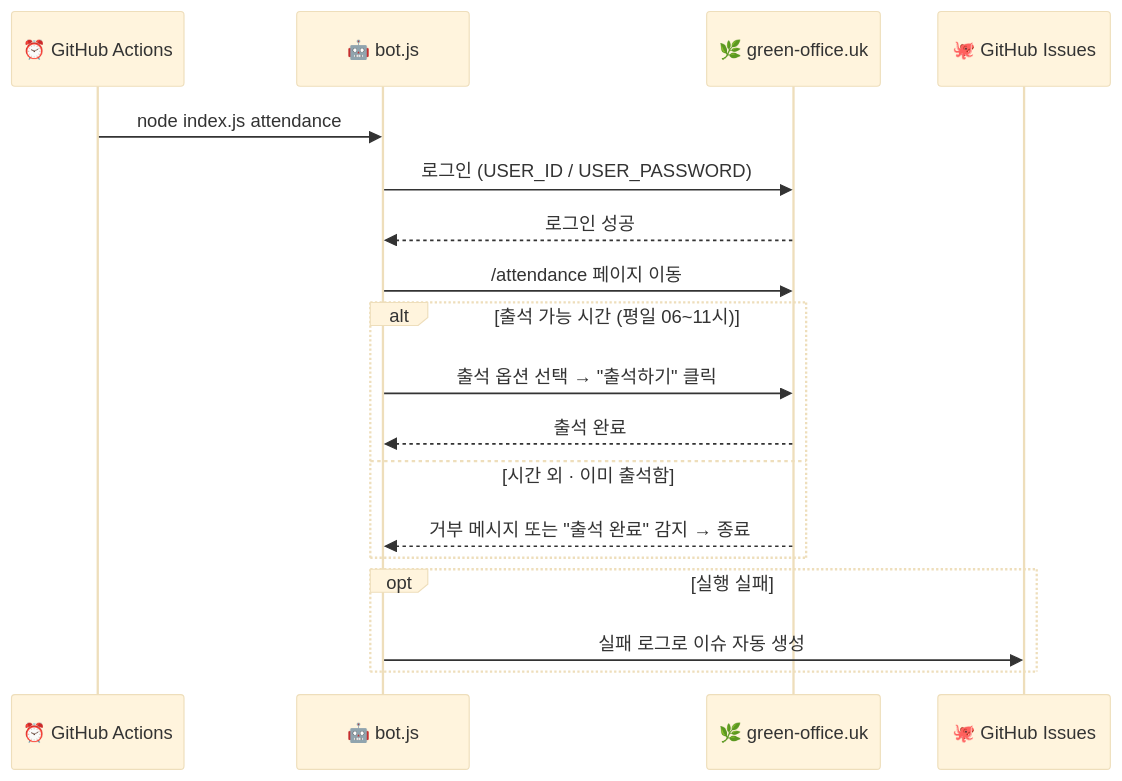
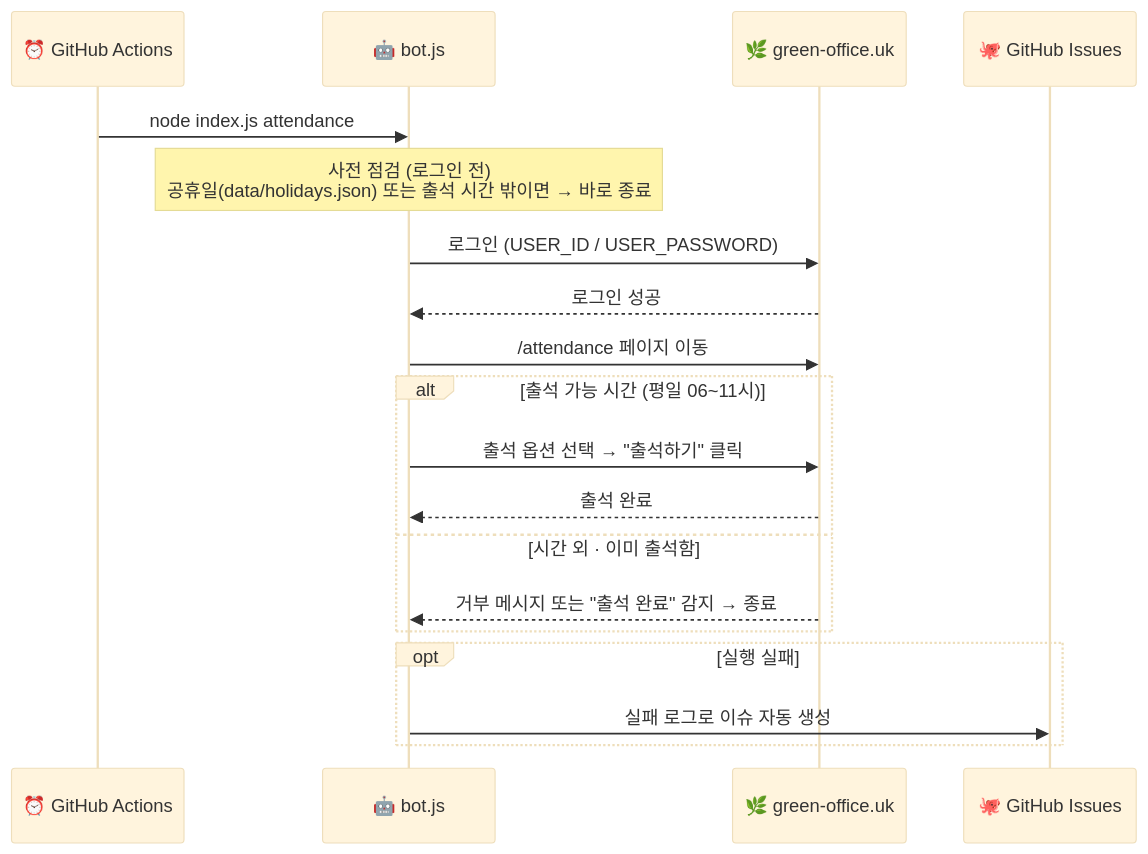
The second of 3 diagrams in README.md (leemgs/green-office-agent), drawn with Mermaid (base theme) before and after one commit. The commit also changed other lines of this file and 3 other files, not shown here.

````diff
--- a/README.md
+++ b/README.md
@@ -129,21 +131,22 @@
 ```mermaid
 sequenceDiagram
     participant CRON as ⏰ GitHub Actions
     participant BOT as 🤖 bot.js
     participant SITE as 🌿 green-office.uk
     participant GH as 🐙 GitHub Issues
 
     CRON->>BOT: node index.js attendance
+    Note over BOT: 사전 점검 (로그인 전)<br/>공휴일(data/holidays.json) 또는 출석 시간 밖이면 → 바로 종료
     BOT->>SITE: 로그인 (USER_ID / USER_PASSWORD)
     SITE-->>BOT: 로그인 성공
     BOT->>SITE: /attendance 페이지 이동
     alt 출석 가능 시간 (평일 06~11시)
         BOT->>SITE: 출석 옵션 선택 → "출석하기" 클릭
         SITE-->>BOT: 출석 완료
     else 시간 외 · 이미 출석함
         SITE-->>BOT: 거부 메시지 또는 "출석 완료" 감지 → 종료
     end
     opt 실행 실패
         BOT->>GH: 실패 로그로 이슈 자동 생성
     end
 ```
````
